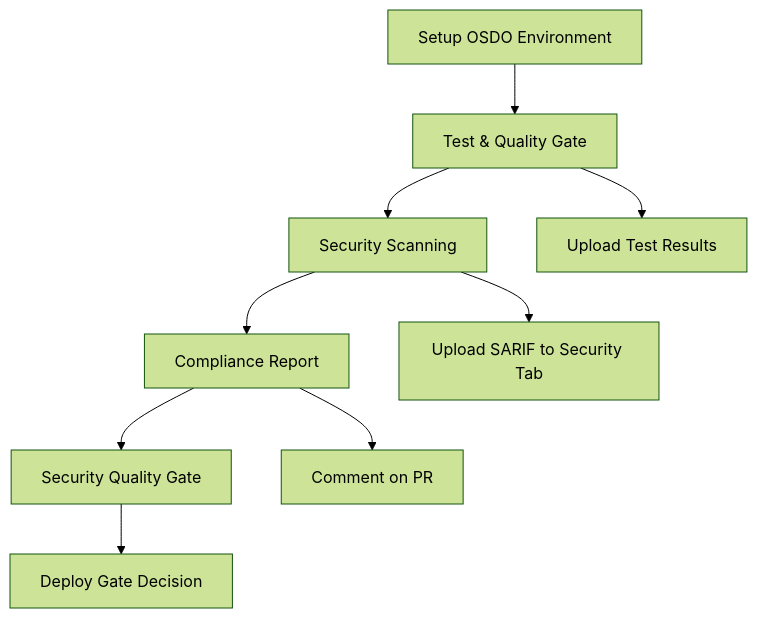
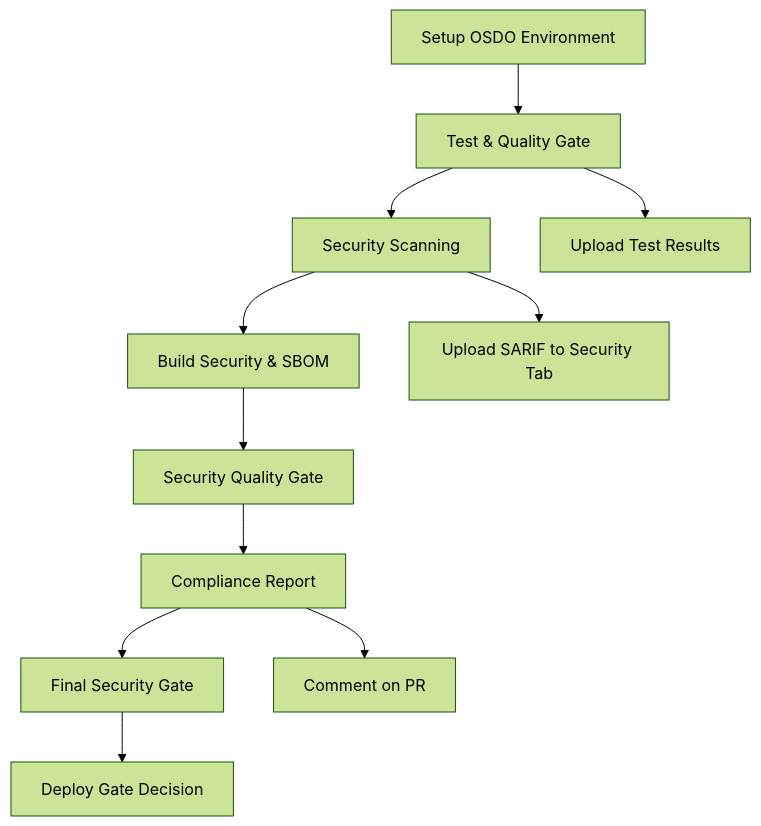
Before and after one commit to opensecdevops/osdo-workflow-template: the diagram in README.md, drawn with Mermaid (forest theme). The commit also changed other lines of this file and 16 other files, not shown here.

````diff
--- a/README.md
+++ b/README.md
@@ -151,12 +202,14 @@
 ```mermaid
 graph TD
     A[Setup OSDO Environment] --> B[Test & Quality Gate]
     B --> C[Security Scanning]
-    C --> D[Compliance Report]
+    C --> D[Build Security & SBOM]
     D --> E[Security Quality Gate]
+    E --> F[Compliance Report]
+    F --> G[Final Security Gate]
     
-    B --> F[Upload Test Results]
-    C --> G[Upload SARIF to Security Tab]
-    D --> H[Comment on PR]
-    E --> I[Deploy Gate Decision]
+    B --> H[Upload Test Results]
+    C --> I[Upload SARIF to Security Tab]
+    F --> J[Comment on PR]
+    G --> K[Deploy Gate Decision]
 ```
````
